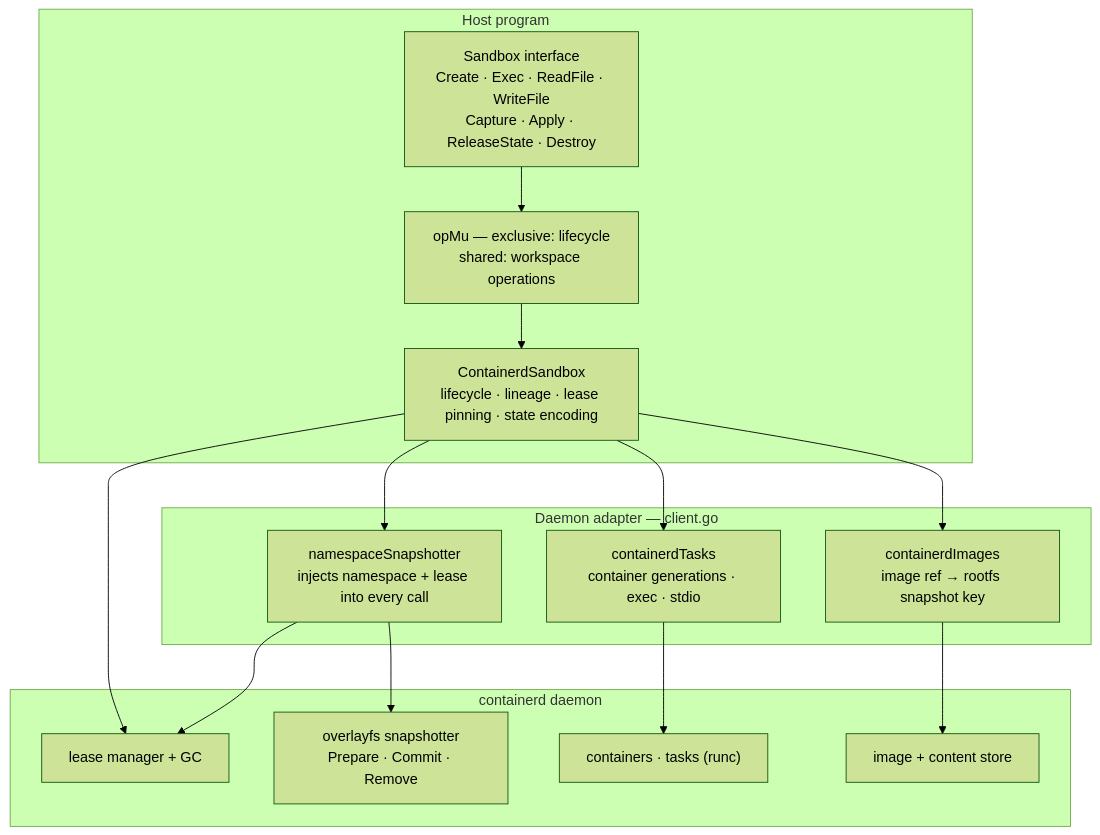
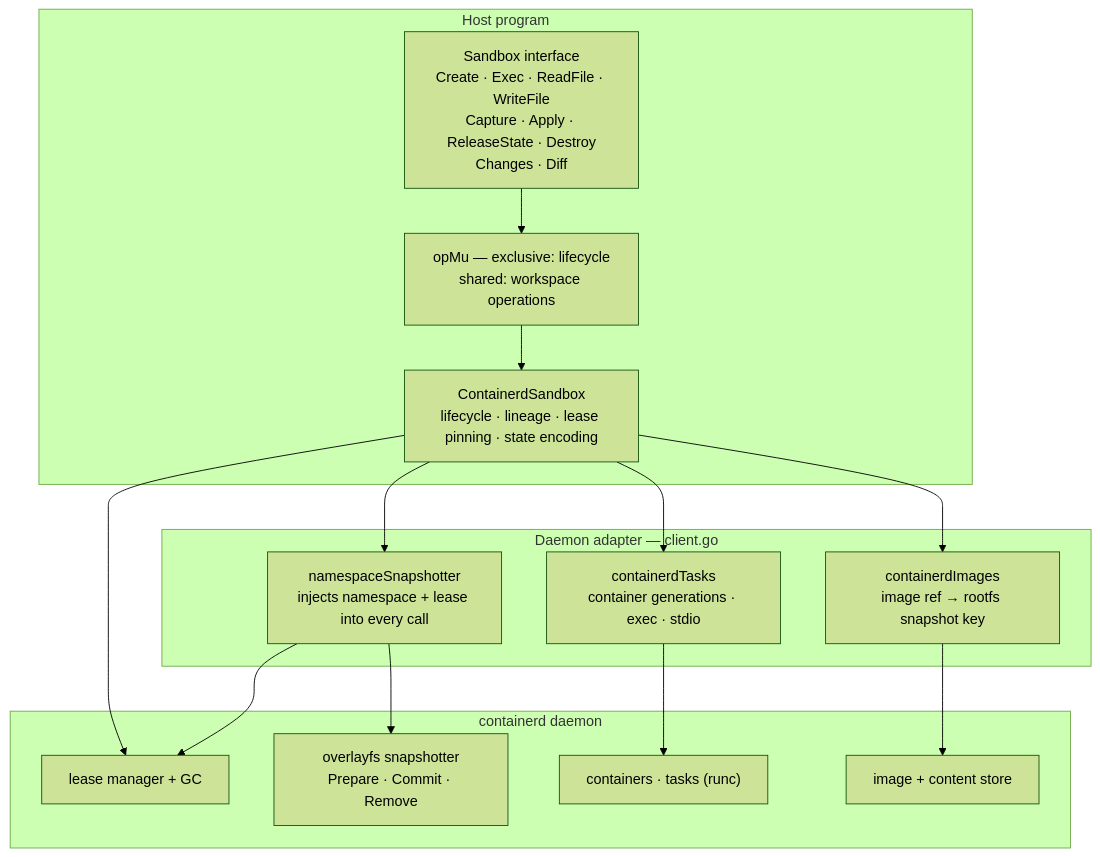
Before and after one commit to buchenberg/croft: the first of 4 diagrams in docs/overview.md, drawn with Mermaid (forest theme). The commit also changed 5 other files, not shown here.

First line of the commit message:
phase2(7): contract and docs -- live diff tests, package/README/verification docs, roadmap

````diff
--- a/docs/overview.md
+++ b/docs/overview.md
@@ -28,30 +28,30 @@
 ```mermaid
 flowchart TB
     subgraph host["Host program"]
-        API["Sandbox interface<br/>Create · Exec · ReadFile · WriteFile<br/>Capture · Apply · ReleaseState · Destroy"]
+        API["Sandbox interface<br/>Create · Exec · ReadFile · WriteFile<br/>Capture · Apply · ReleaseState · Destroy<br/>Changes · Diff"]
         OP["opMu — exclusive: lifecycle<br/>shared: workspace operations"]
         SB["ContainerdSandbox<br/>lifecycle · lineage · lease pinning · state encoding"]
         API --> OP --> SB
     end
 
     subgraph adapter["Daemon adapter — client.go"]
         SNAP["namespaceSnapshotter<br/>injects namespace + lease into every call"]
         IMG["containerdImages<br/>image ref → rootfs snapshot key"]
         TASK["containerdTasks<br/>container generations · exec · stdio"]
     end
     SB --> SNAP
     SB --> IMG
     SB --> TASK
     SB --> LEASE
 
     subgraph daemon["containerd daemon"]
         OVL["overlayfs snapshotter<br/>Prepare · Commit · Remove"]
         LEASE["lease manager + GC"]
         RUNC["containers · tasks (runc)"]
         CSTORE["image + content store"]
     end
     SNAP --> OVL
     SNAP --> LEASE
     TASK --> RUNC
     IMG --> CSTORE
 ```
````
